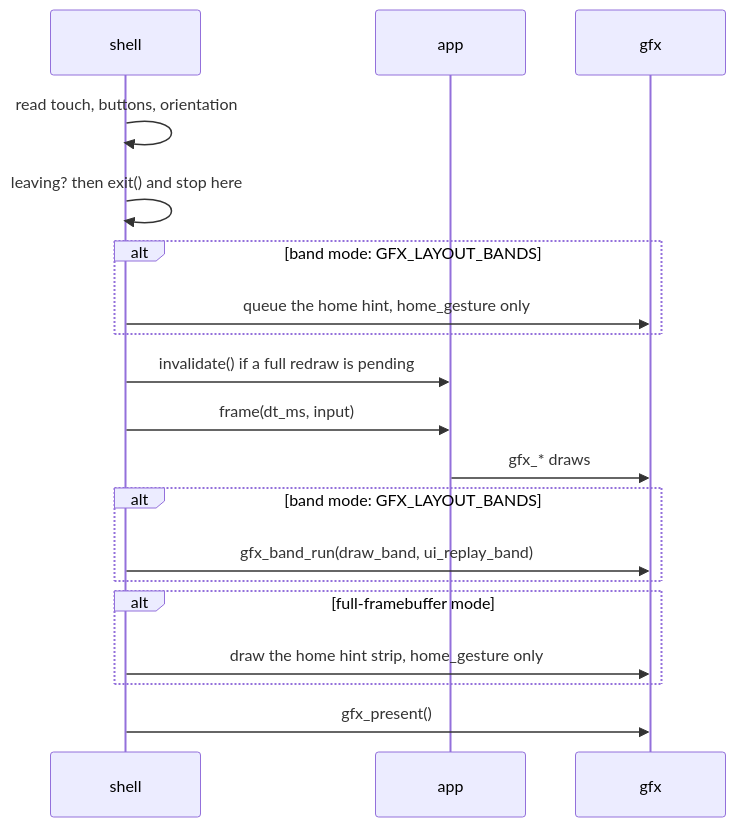
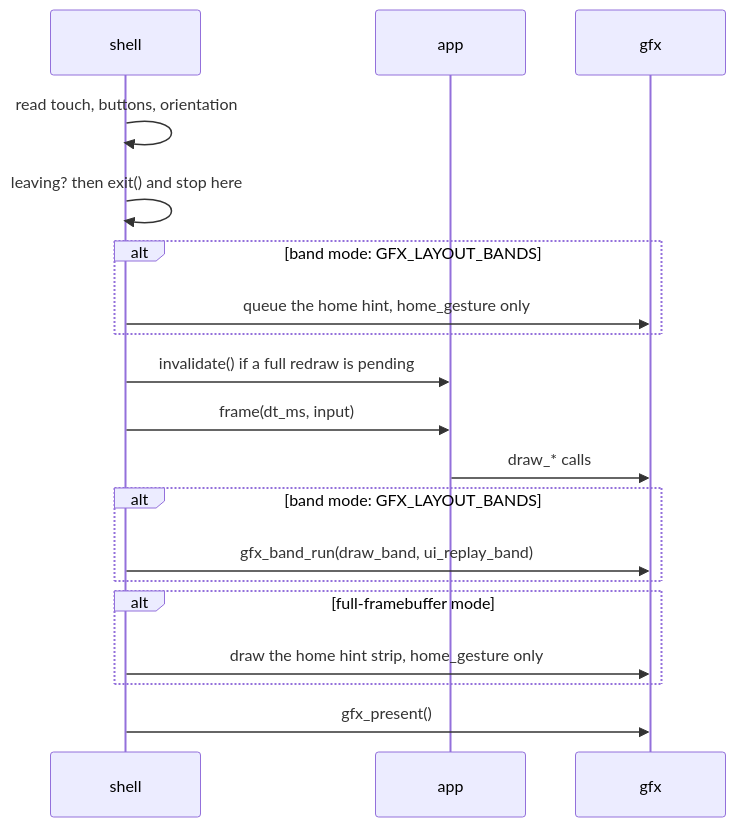
The second of 3 diagrams in docs/Building-an-App.md (jose-villegas/autana), drawn with Mermaid before and after one commit. The commit also changed 10 other files, not shown here.

Commit message:
gfx: every public mark call is guarded; the old draw seam moves to present's internal header

````diff
--- a/docs/Building-an-App.md
+++ b/docs/Building-an-App.md
@@ -142,21 +142,21 @@
 ```mermaid
 sequenceDiagram
     participant S as shell
     participant A as app
     participant G as gfx
     S->>S: read touch, buttons, orientation
     S->>S: leaving? then exit() and stop here
     alt band mode: GFX_LAYOUT_BANDS
         S->>G: queue the home hint, home_gesture only
     end
     S->>A: invalidate() if a full redraw is pending
     S->>A: frame(dt_ms, input)
-    A->>G: gfx_* draws
+    A->>G: draw_* calls
     alt band mode: GFX_LAYOUT_BANDS
         S->>G: gfx_band_run(draw_band, ui_replay_band)
     end
     alt full-framebuffer mode
         S->>G: draw the home hint strip, home_gesture only
     end
     S->>G: gfx_present()
 ```
````
